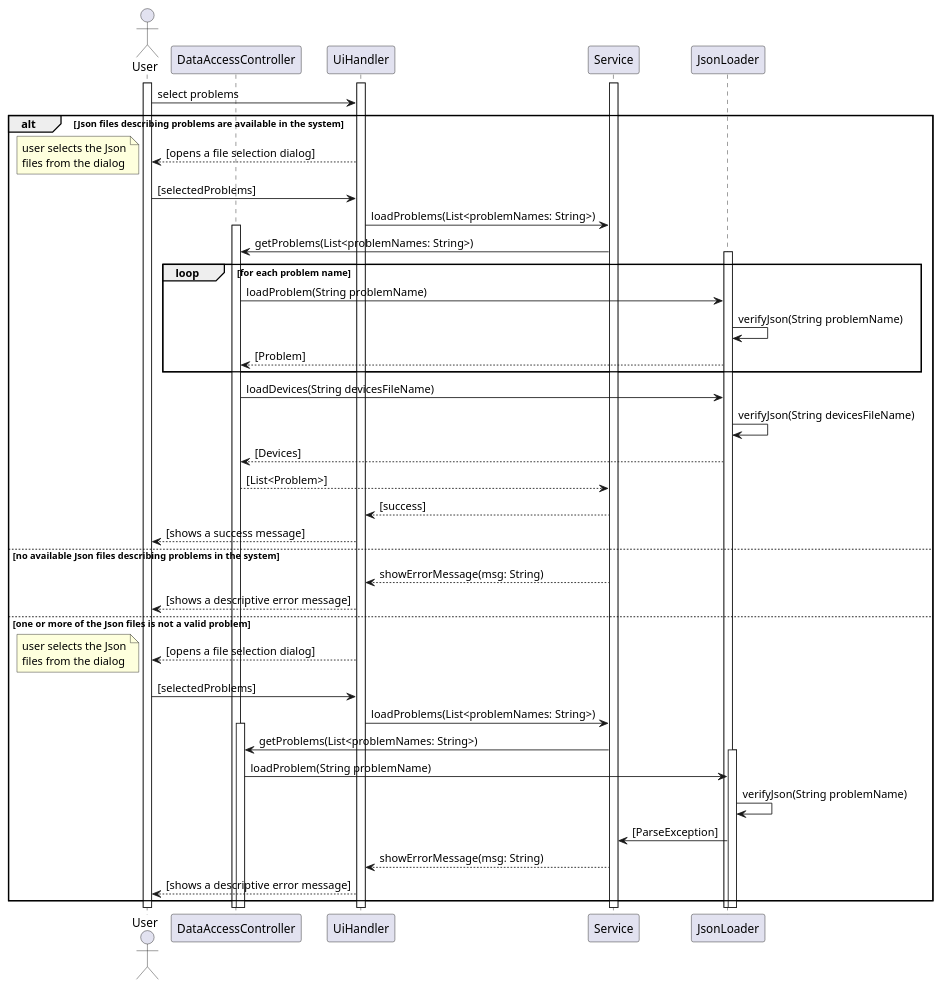
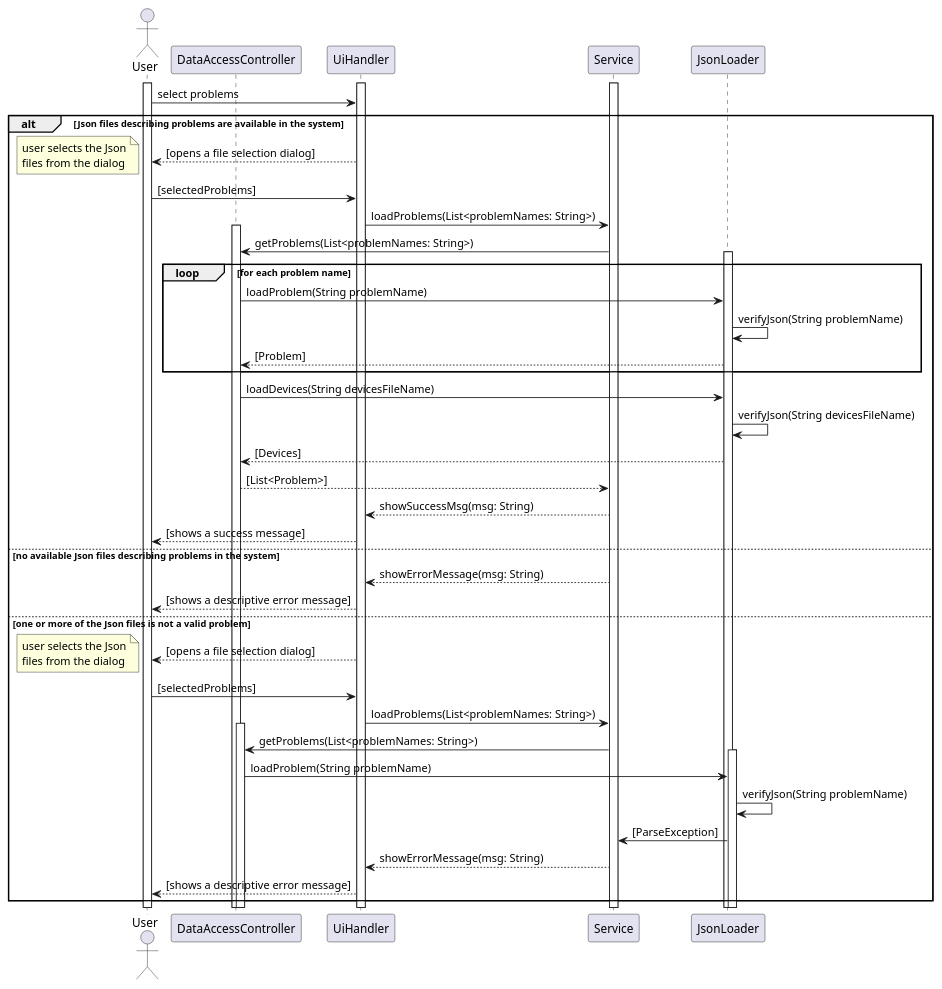
Before and after one commit to miamiHits/FinalProject: the diagram in Final/Docs/Diagrams/behaviour diagrams/scripts/dataChooseSeq.puml, drawn with PlantUML. The commit also changed 9 other files, not shown here.

Commit message:
sequence diagrams are ready

```diff
--- a/Final/Docs/Diagrams/behaviour diagrams/scripts/dataChooseSeq.puml
+++ b/Final/Docs/Diagrams/behaviour diagrams/scripts/dataChooseSeq.puml
@@ -1,67 +1,67 @@
 @startuml
 actor User as u
 participant DataAccessController as DAC
 
 activate u
 activate UiHandler
 activate Service
 
 
 u -> UiHandler : select problems
 alt Json files describing problems are available in the system
 
     UiHandler --> u : [opens a file selection dialog]
     note left
         user selects the Json
         files from the dialog
     end note
     u -> UiHandler : [selectedProblems]
     UiHandler -> Service : loadProblems(List<problemNames: String>)
 
     activate DAC
     Service -> DAC : getProblems(List<problemNames: String>)
 
     loop for each problem name
         activate JsonLoader
         DAC -> JsonLoader : loadProblem(String problemName)
         JsonLoader -> JsonLoader : verifyJson(String problemName)
         JsonLoader --> DAC : [Problem]
     end
 
     DAC -> JsonLoader : loadDevices(String devicesFileName)
     JsonLoader -> JsonLoader : verifyJson(String devicesFileName)
     JsonLoader --> DAC : [Devices]
 
     DAC -->Service : [List<Problem>]
-    Service --> UiHandler : [success]
+    Service --> UiHandler : showSuccessMsg(msg: String)
     UiHandler --> u : [shows a success message]
 
 else no available Json files describing problems in the system
 
     Service --> UiHandler : showErrorMessage(msg: String)
     UiHandler --> u : [shows a descriptive error message]
 
 else one or more of the Json files is not a valid problem
 
     UiHandler --> u : [opens a file selection dialog]
     note left
         user selects the Json
         files from the dialog
     end note
     u -> UiHandler : [selectedProblems]
     UiHandler -> Service : loadProblems(List<problemNames: String>)
 
     activate DAC
     Service -> DAC : getProblems(List<problemNames: String>)
 
     activate JsonLoader
     DAC -> JsonLoader : loadProblem(String problemName)
     JsonLoader -> JsonLoader : verifyJson(String problemName)
     JsonLoader -> Service : [ParseException]
     Service --> UiHandler : showErrorMessage(msg: String)
     UiHandler --> u : [shows a descriptive error message]
 end
 
 
 
 @enduml
```
